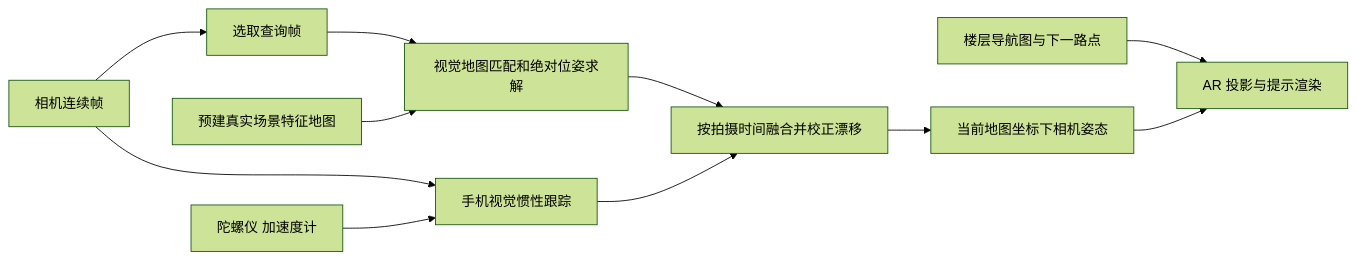
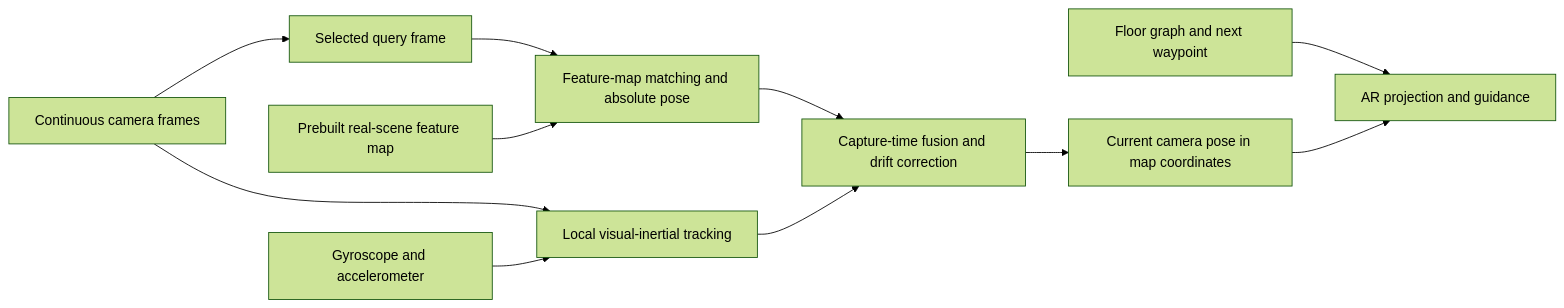
The diagram in docs/pipeline/indoor-live-view-research.md (mhamza1906/SnapWay), drawn with Mermaid (forest theme) before and after one commit. The commit also changed other lines of this file and 10 other files, not shown here.

````diff
--- a/docs/pipeline/indoor-live-view-research.md
+++ b/docs/pipeline/indoor-live-view-research.md
@@ -38,13 +38,13 @@
 ```mermaid
 flowchart LR
-  Camera[相机连续帧] --> Track[手机视觉惯性跟踪]
-  IMU[陀螺仪 加速度计] --> Track
-  Camera --> Query[选取查询帧]
-  Query --> VPS[视觉地图匹配和绝对位姿求解]
-  Map[预建真实场景特征地图] --> VPS
-  VPS --> Fuse[按拍摄时间融合并校正漂移]
+  Camera[Continuous camera frames] --> Track[Local visual-inertial tracking]
+  IMU[Gyroscope and accelerometer] --> Track
+  Camera --> Query[Selected query frame]
+  Query --> VPS[Feature-map matching and absolute pose]
+  Map[Prebuilt real-scene feature map] --> VPS
+  VPS --> Fuse[Capture-time fusion and drift correction]
   Track --> Fuse
-  Fuse --> Pose[当前地图坐标下相机姿态]
-  Graph[楼层导航图与下一路点] --> Render[AR 投影与提示渲染]
+  Fuse --> Pose[Current camera pose in map coordinates]
+  Graph[Floor graph and next waypoint] --> Render[AR projection and guidance]
   Pose --> Render
 ```
````
